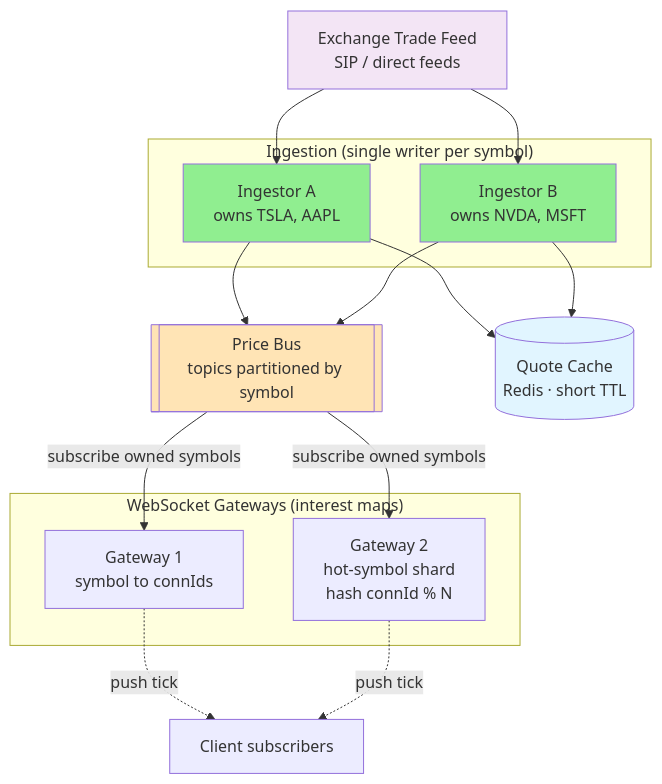
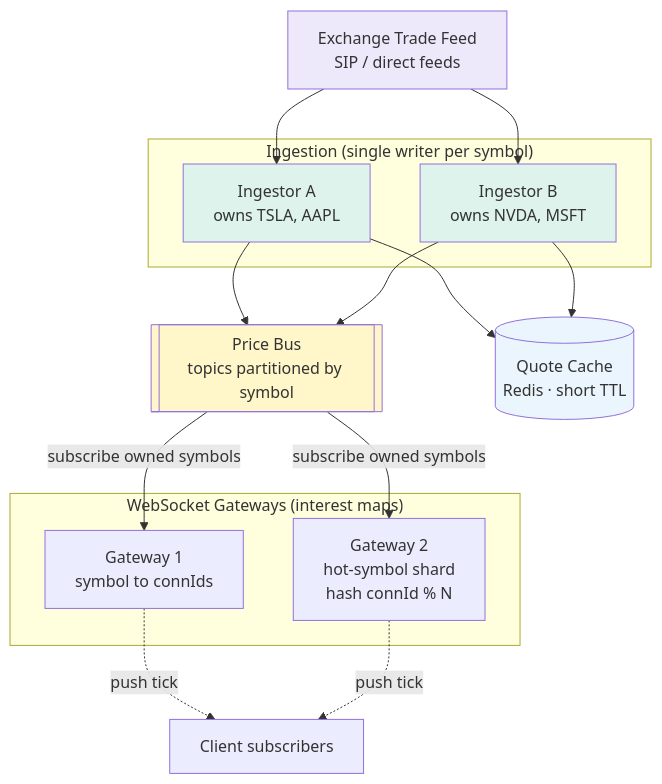
One commit to cartmancodes/InterviewVault changed the fifth of 7 diagrams in LLD/questions/Design Robinhood.md. Above: the diagram before and after it, drawn with Mermaid. The commit also changed other lines of this file and 679 other files, not shown here.

Commit message:
Unify content diagrams and add accessible visual walkthroughs

````diff
--- a/LLD/questions/Design Robinhood.md
+++ b/LLD/questions/Design Robinhood.md
@@ -349,32 +349,32 @@
 ```mermaid
 graph TB
     EX[Exchange Trade Feed<br/>SIP / direct feeds]
     subgraph "Ingestion (single writer per symbol)"
         I1[Ingestor A<br/>owns TSLA, AAPL]
         I2[Ingestor B<br/>owns NVDA, MSFT]
     end
     BUS[[Price Bus<br/>topics partitioned by symbol]]
     subgraph "WebSocket Gateways (interest maps)"
         G1[Gateway 1<br/>symbol to connIds]
         G2[Gateway 2<br/>hot-symbol shard<br/>hash connId % N]
     end
     QC[(Quote Cache<br/>Redis · short TTL)]
     C1[Client subscribers]
 
     EX --> I1
     EX --> I2
     I1 --> BUS
     I2 --> BUS
     I1 --> QC
     I2 --> QC
     BUS -->|subscribe owned symbols| G1
     BUS -->|subscribe owned symbols| G2
     G1 -.push tick.-> C1
     G2 -.push tick.-> C1
 
-    style EX fill:#f3e5f5
-    style BUS fill:#FFE4B5
-    style QC fill:#e1f5ff
-    style I1 fill:#90EE90
-    style I2 fill:#90EE90
+    style EX fill:#EDE8FA
+    style BUS fill:#FFF6C9
+    style QC fill:#EAF5FD
+    style I1 fill:#DDF3EC
+    style I2 fill:#DDF3EC
 ```
````
